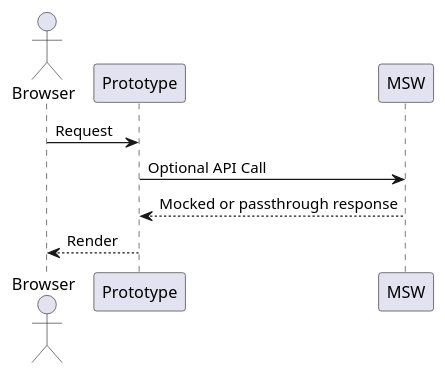
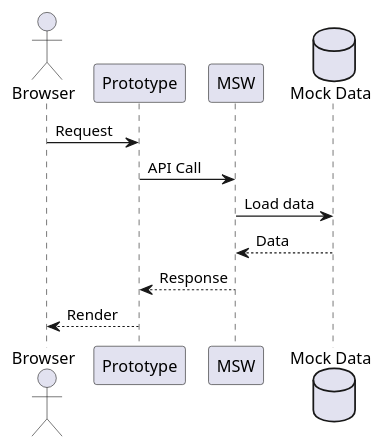
The diagram in template/docs/modules/ROOT/pages/architecture.adoc (ti8m/tinker-stack), drawn with PlantUML before and after one commit. The commit also changed 89 other files, not shown here.

```diff
--- a/template/docs/modules/ROOT/pages/architecture.adoc
+++ b/template/docs/modules/ROOT/pages/architecture.adoc
@@ -66,13 +66,16 @@
 [plantuml,msw,svg]
 ----
 @startuml
 actor Browser
 participant "Prototype" as App
 participant "MSW" as MSW
+database "Mock Data" as Data
 
 Browser -> App: Request
-App -> MSW: Optional API Call
-MSW --> App: Mocked or passthrough response
+App -> MSW: API Call
+MSW -> Data: Load data
+Data --> MSW: Data
+MSW --> App: Response
 App --> Browser: Render
 @enduml
 ----
```
